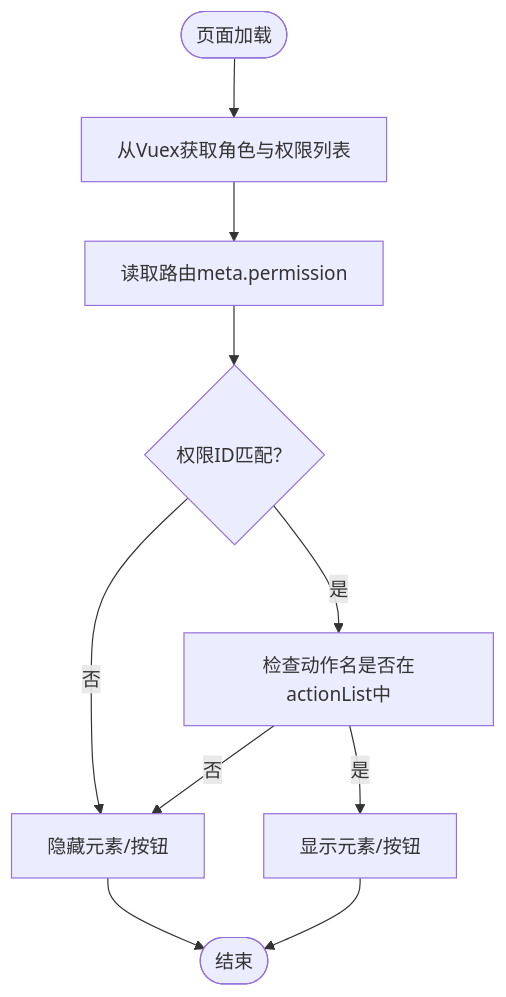
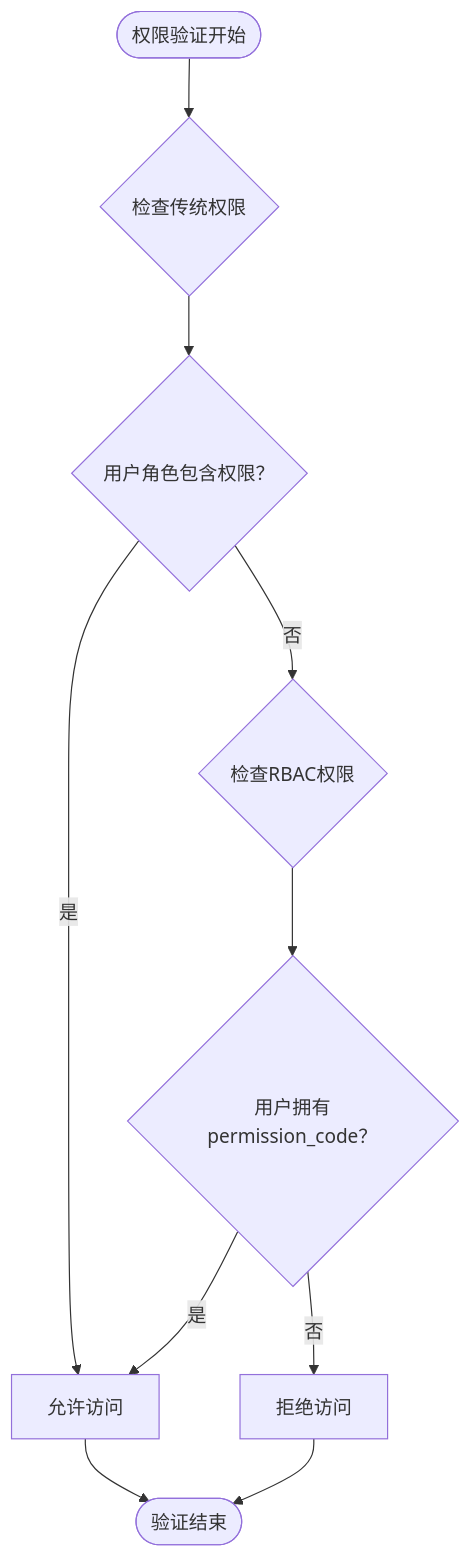
Before and after one commit to joezxh/QuantDinger: the second of 3 diagrams in .qoder/repowiki/zh/content/核心功能模块/用户管理与商业化/用户权限管理.md, drawn with Mermaid. The commit also changed other lines of this file and 27 other files, not shown here.

````diff
--- a/.qoder/repowiki/zh/content/核心功能模块/用户管理与商业化/用户权限管理.md
+++ b/.qoder/repowiki/zh/content/核心功能模块/用户管理与商业化/用户权限管理.md
@@ -231,12 +146,12 @@
 ```mermaid
 flowchart TD
-Load(["页面加载"]) --> GetRoles["从Vuex获取角色与权限列表"]
-GetRoles --> GetMeta["读取路由meta.permission"]
-GetMeta --> Match{"权限ID匹配？"}
-Match --> |否| Hide["隐藏元素/按钮"]
-Match --> |是| CheckAction["检查动作名是否在actionList中"]
-CheckAction --> |否| Hide
-CheckAction --> |是| Show["显示元素/按钮"]
-Hide --> End(["结束"])
-Show --> End
+Start(["权限验证开始"]) --> CheckLegacy{"检查传统权限"}
+CheckLegacy --> HasLegacy{"用户角色包含权限？"}
+HasLegacy --> |是| Allow["允许访问"]
+HasLegacy --> |否| CheckRBAC{"检查RBAC权限"}
+CheckRBAC --> HasRBAC{"用户拥有permission_code？"}
+HasRBAC --> |是| Allow
+HasRBAC --> |否| Deny["拒绝访问"]
+Allow --> End(["验证结束"])
+Deny --> End
 ```
````
